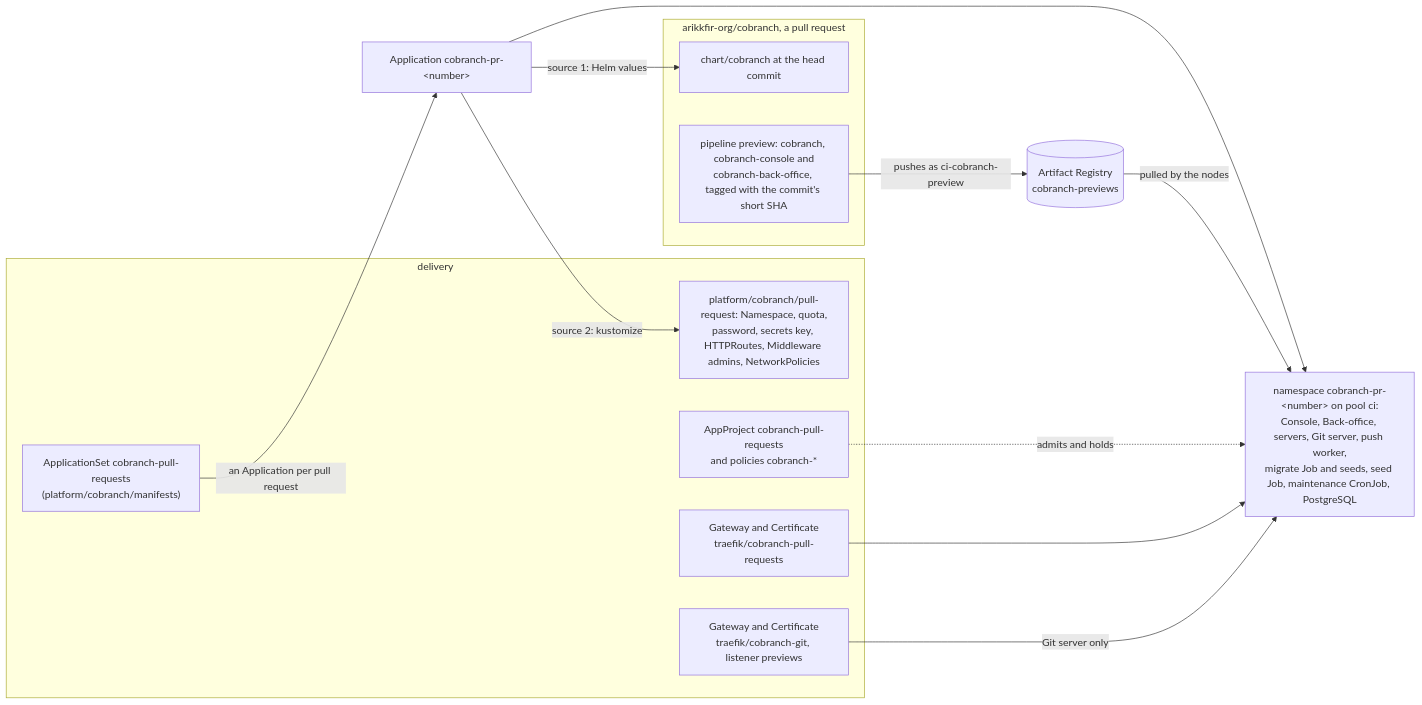
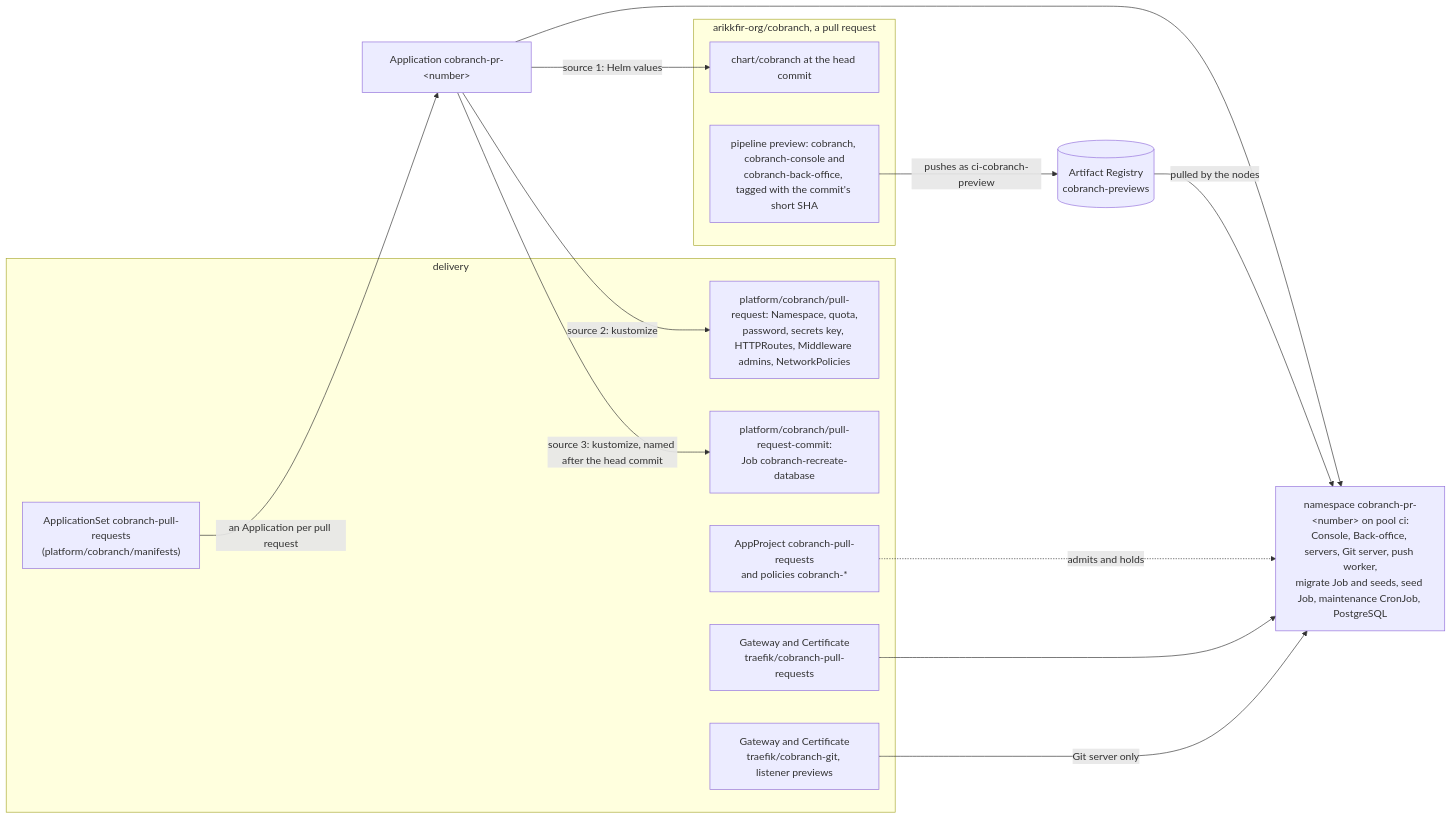
One commit to arikkfir-org/delivery changed the first of 5 diagrams in docs/delivery/designs/cobranch-previews.md. Above: the diagram before and after it, drawn with Mermaid. The commit also changed other lines of this file and 5 other files, not shown here.

First line of the commit message:
feat(cobranch): start every preview push from an empty database

````diff
--- a/docs/delivery/designs/cobranch-previews.md
+++ b/docs/delivery/designs/cobranch-previews.md
@@ -11,23 +11,25 @@
 ```mermaid
 flowchart LR
   subgraph cobranchrepo["arikkfir-org/cobranch, a pull request"]
     Chart["chart/cobranch at the head commit"]
     Preview["pipeline preview: cobranch, cobranch-console and<br/>cobranch-back-office, tagged with the commit's short SHA"]
   end
   subgraph delivery["delivery"]
     Set["ApplicationSet cobranch-pull-requests<br/>(platform/cobranch/manifests)"]
     Extras["platform/cobranch/pull-request: Namespace, quota,<br/>password, secrets key, HTTPRoutes, Middleware admins, NetworkPolicies"]
+    Commit["platform/cobranch/pull-request-commit:<br/>Job cobranch-recreate-database"]
     Project["AppProject cobranch-pull-requests<br/>and policies cobranch-*"]
     GW["Gateway and Certificate<br/>traefik/cobranch-pull-requests"]
     GitGW["Gateway and Certificate<br/>traefik/cobranch-git, listener previews"]
   end
   Preview -- "pushes as ci-cobranch-preview" --> Reg[("Artifact Registry<br/>cobranch-previews")]
   Set -- "an Application per pull request" --> App["Application cobranch-pr-&lt;number&gt;"]
   App -- "source 1: Helm values" --> Chart
   App -- "source 2: kustomize" --> Extras
+  App -- "source 3: kustomize, named after the head commit" --> Commit
   App --> NS["namespace cobranch-pr-&lt;number&gt; on pool ci:<br/>Console, Back-office, servers, Git server, push worker,<br/>migrate Job and seeds, seed Job, maintenance CronJob, PostgreSQL"]
   Reg -- "pulled by the nodes" --> NS
   Project -. "admits and holds" .-> NS
   GW --> NS
   GitGW -- "Git server only" --> NS
 ```
````
